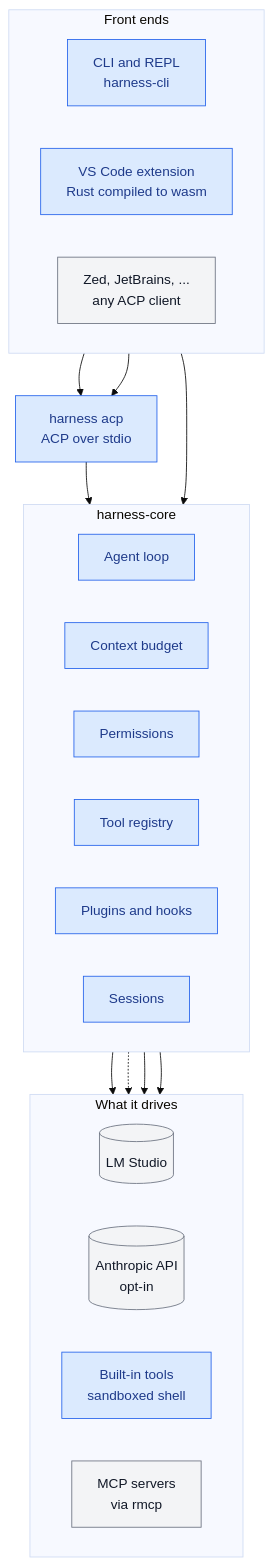
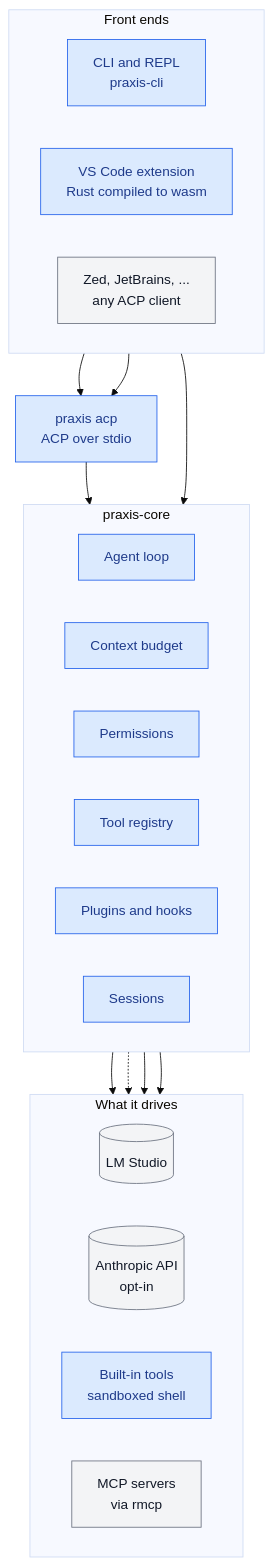
Before and after one commit to fzzinchemical/Praxis: the first of 3 diagrams in ROADMAP.md, drawn with Mermaid (base theme). The commit also changed other lines of this file and 318 other files, not shown here.

First line of the commit message:
refactor!: rename harness to praxis

````diff
--- a/ROADMAP.md
+++ b/ROADMAP.md
@@ -32,43 +32,43 @@
 ```mermaid
 flowchart TB
     subgraph clients["Front ends"]
         direction LR
-        cli["CLI and REPL<br/>harness-cli"]
+        cli["CLI and REPL<br/>praxis-cli"]
         vscode["VS Code extension<br/>Rust compiled to wasm"]
         other["Zed, JetBrains, ...<br/>any ACP client"]
     end
 
-    acp["harness acp<br/>ACP over stdio"]
+    acp["praxis acp<br/>ACP over stdio"]
 
-    subgraph core["harness-core"]
+    subgraph core["praxis-core"]
         direction LR
         loop["Agent loop"]
         context["Context budget"]
         perms["Permissions"]
         registry["Tool registry"]
         plugins["Plugins and hooks"]
         sessions["Sessions"]
     end
 
     subgraph outside["What it drives"]
         direction LR
         lms[("LM Studio")]
         claude[("Anthropic API<br/>opt-in")]
         tools["Built-in tools<br/>sandboxed shell"]
         mcp["MCP servers<br/>via rmcp"]
     end
 
     cli --> core
     vscode --> acp
     other --> acp
     acp --> core
     core --> lms
     core -.-> claude
     core --> tools
     core --> mcp
 
-    classDef harness fill:#dbeafe,stroke:#2563eb,color:#1e3a8a
+    classDef praxis fill:#dbeafe,stroke:#2563eb,color:#1e3a8a
     classDef external fill:#f3f4f6,stroke:#6b7280,color:#111827
-    class cli,vscode,acp,loop,context,perms,registry,plugins,sessions,tools harness
+    class cli,vscode,acp,loop,context,perms,registry,plugins,sessions,tools praxis
     class other,lms,claude,mcp external
 ```
````
